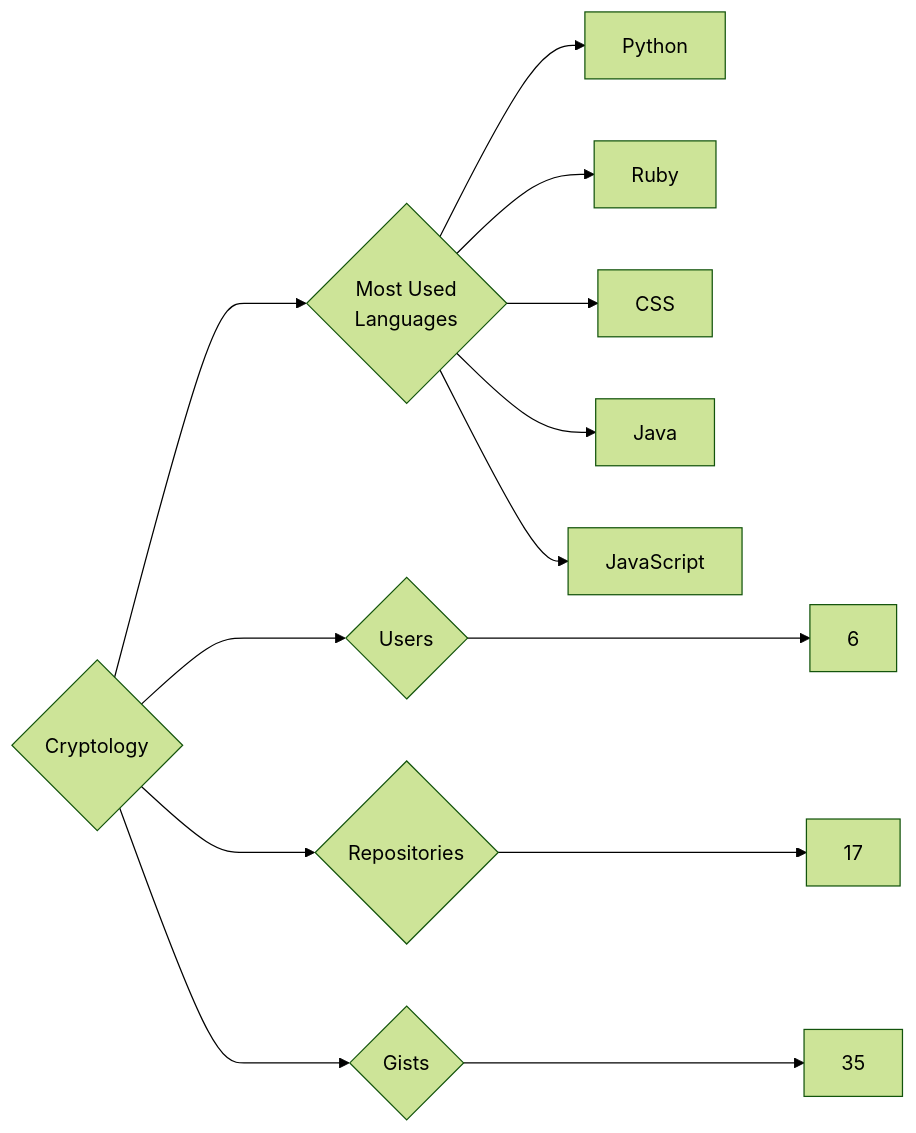
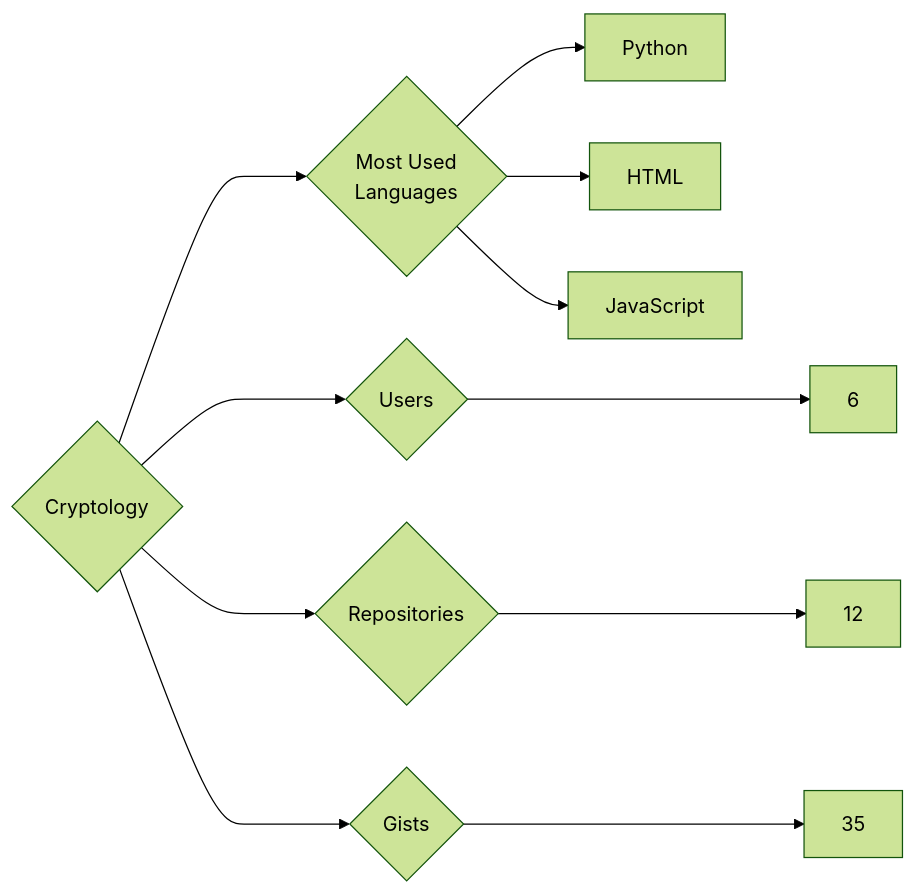
One commit to trickest/insiders changed the diagram in targets/Cryptology/README.md. Above: the diagram before and after it, drawn with Mermaid (forest theme). The commit also changed 1141 other files, not shown here.

````diff
--- a/targets/Cryptology/README.md
+++ b/targets/Cryptology/README.md
@@ -3,13 +3,11 @@
 ```mermaid
 graph LR
 COMPANY_NAME{Cryptology}
 COMPANY_NAME ---> U{Users} ---> UN[6]
-COMPANY_NAME ---> R{Repositories} ---> RN[17]
+COMPANY_NAME ---> R{Repositories} ---> RN[12]
 COMPANY_NAME ---> G{Gists} ---> GN[35]
 COMPANY_NAME ---> ML{Most Used<br>Languages}
 ML --> Python[Python]
-ML --> Ruby[Ruby]
-ML --> CSS[CSS]
-ML --> Java[Java]
+ML --> HTML[HTML]
 ML --> JavaScript[JavaScript]
 ```
````
